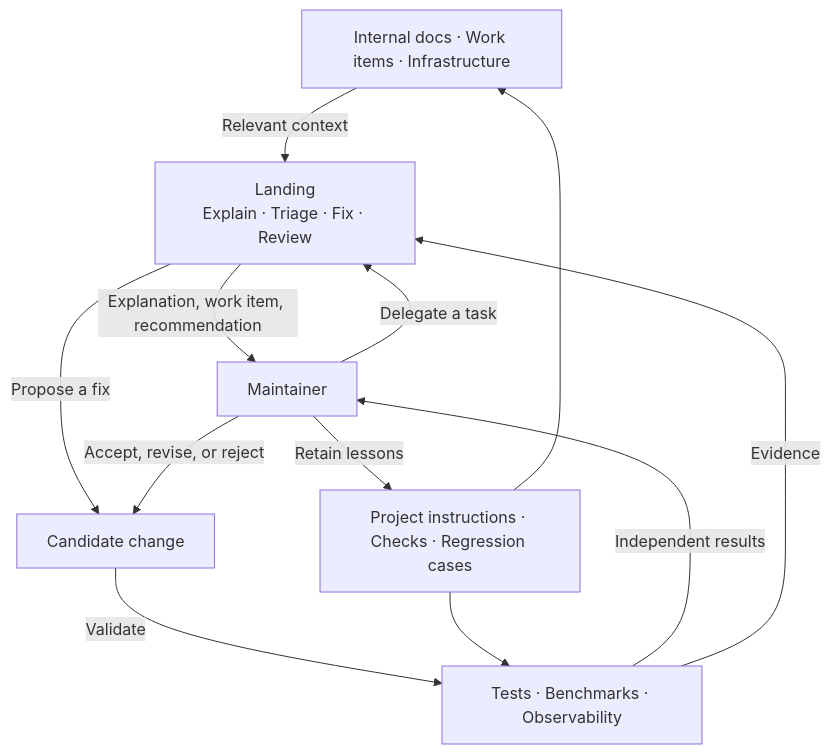
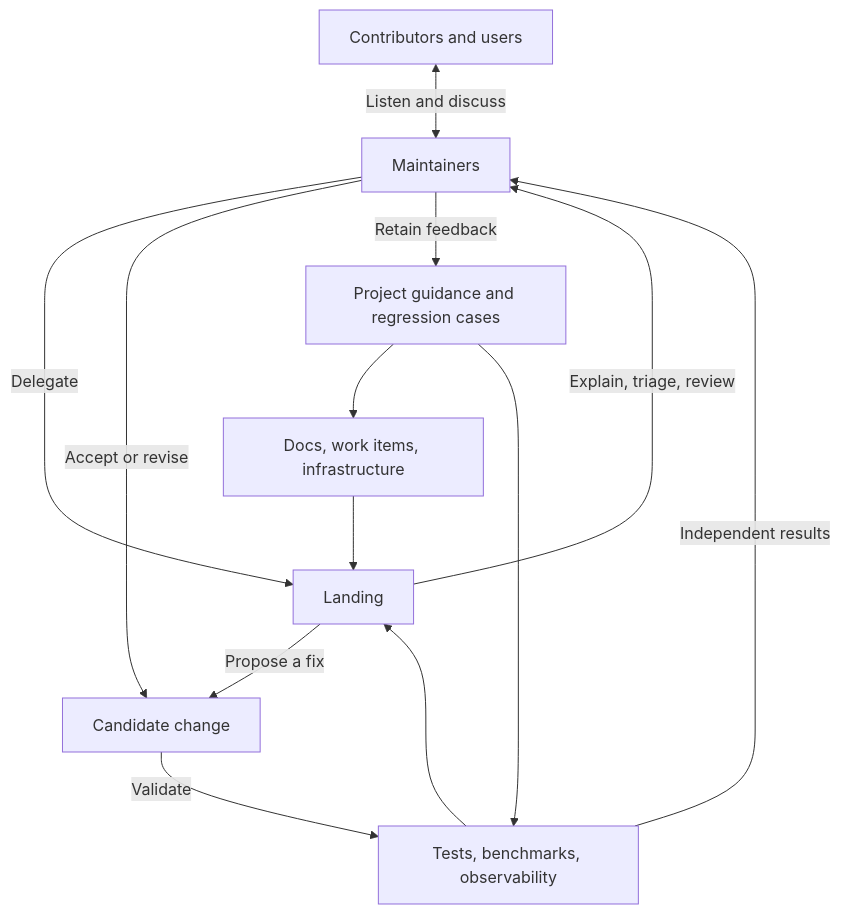
Before and after one commit to actions-marketplace-validations/bubbuild_landing: the diagram in docs/working-with-landing.md, drawn with Mermaid. The commit also changed other lines of this file and 25 other files, not shown here.

````diff
--- a/docs/working-with-landing.md
+++ b/docs/working-with-landing.md
@@ -20,21 +11,23 @@
 ```mermaid
 flowchart TB
-    Context["Internal docs · Work items · Infrastructure"]
-    Evidence["Tests · Benchmarks · Observability"]
+    Community["Contributors and users"]
+    People["Maintainers"]
+    Context["Docs, work items, infrastructure"]
+    Evidence["Tests, benchmarks, observability"]
+    Landing["Landing"]
     Candidate["Candidate change"]
-    Landing["Landing<br/>Explain · Triage · Fix · Review"]
-    People["Maintainer"]
-    Learning["Project instructions · Checks · Regression cases"]
+    Learning["Project guidance and regression cases"]
 
-    Context -->|Relevant context| Landing
-    Candidate -->|Validate| Evidence
-    Evidence -->|Independent results| People
-    Evidence -->|Evidence| Landing
-    People -->|Delegate a task| Landing
-    Landing -->|Explanation, work item, recommendation| People
-    Landing -->|Propose a fix| Candidate
-    People -->|Accept, revise, or reject| Candidate
-    People -->|Retain lessons| Learning
+    Community <-->|"Listen and discuss"| People
+    People -->|"Delegate"| Landing
+    Context --> Landing
+    Evidence --> Landing
+    Landing -->|"Explain, triage, review"| People
+    Landing -->|"Propose a fix"| Candidate
+    Candidate -->|"Validate"| Evidence
+    Evidence -->|"Independent results"| People
+    People -->|"Accept or revise"| Candidate
+    People -->|"Retain feedback"| Learning
     Learning --> Context
     Learning --> Evidence
 ```
````
